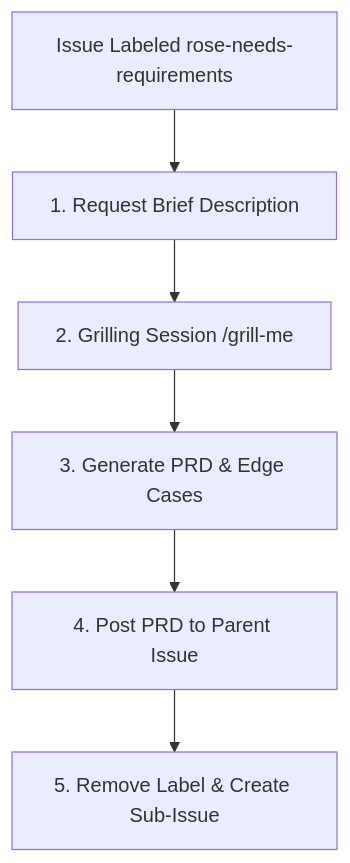
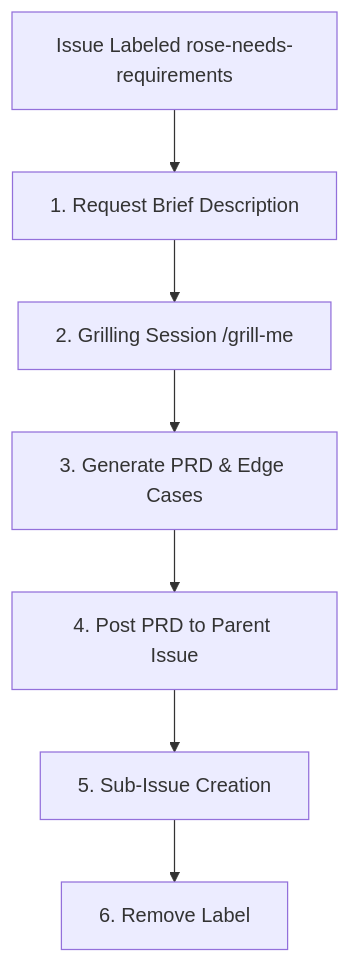
One commit to brotherlogic/rose changed the diagram in .agent/workflows/seraphine-needs-requirements.md. Above: the diagram before and after it, drawn with Mermaid. The commit also changed other lines of this file and 5 other files, not shown here.

````diff
--- a/.agent/workflows/seraphine-needs-requirements.md
+++ b/.agent/workflows/seraphine-needs-requirements.md
@@ -7,8 +7,9 @@
 ```mermaid
 graph TD
     A[Issue Labeled rose-needs-requirements] --> B[1. Request Brief Description]
     B --> C[2. Grilling Session /grill-me]
     C --> D[3. Generate PRD & Edge Cases]
     D --> E[4. Post PRD to Parent Issue]
-    E --> F[5. Remove Label & Create Sub-Issue]
+    E --> F[5. Sub-Issue Creation]
+    F --> G[6. Remove Label]
 ```
````
